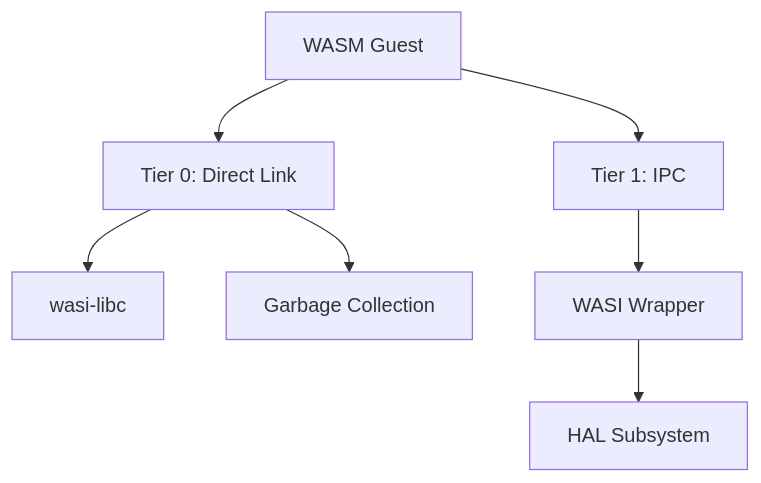
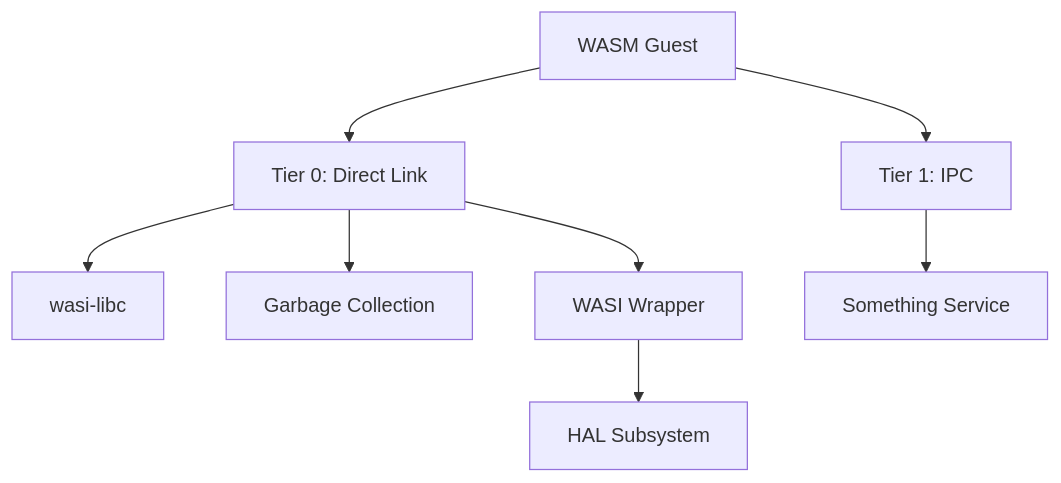
One commit to kmt-t/fireball changed the first of 3 diagrams in docs/orders/components/services.md. Above: the diagram before and after it, drawn with Mermaid. The commit also changed 3 other files, not shown here.

````diff
--- a/docs/orders/components/services.md
+++ b/docs/orders/components/services.md
@@ -12,9 +12,10 @@
 ```mermaid
 graph TD
     Guest[WASM Guest] --> T0[Tier 0: Direct Link]
     Guest --> T1[Tier 1: IPC]
     T0 --> libc[wasi-libc]
     T0 --> GC[Garbage Collection]
-    T1 --> WASI[WASI Wrapper]
+    T0 --> WASI[WASI Wrapper]
+    T1 --> Something[Something Service]
     WASI --> HAL[HAL Subsystem]
 ```
````
